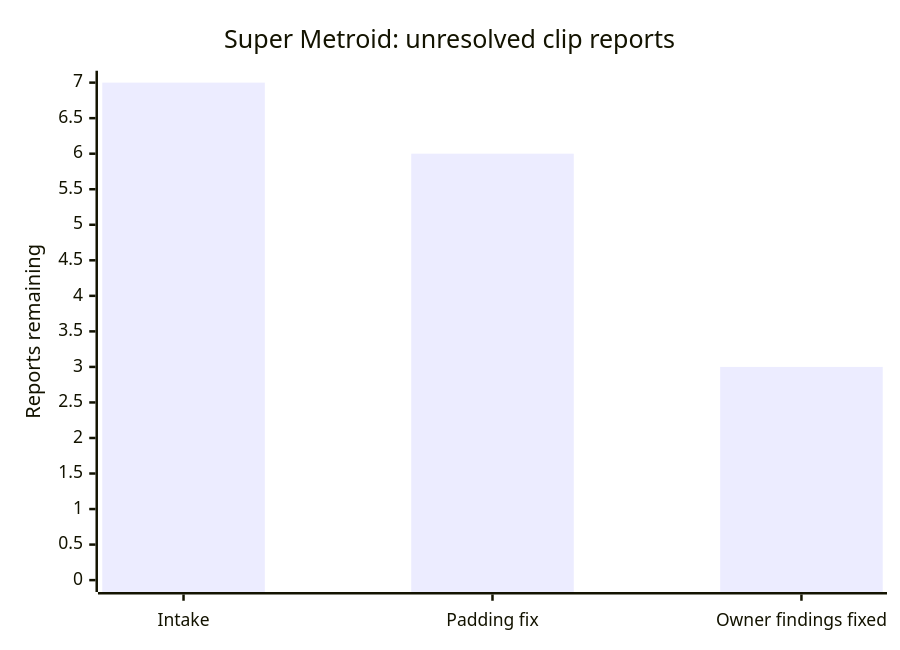
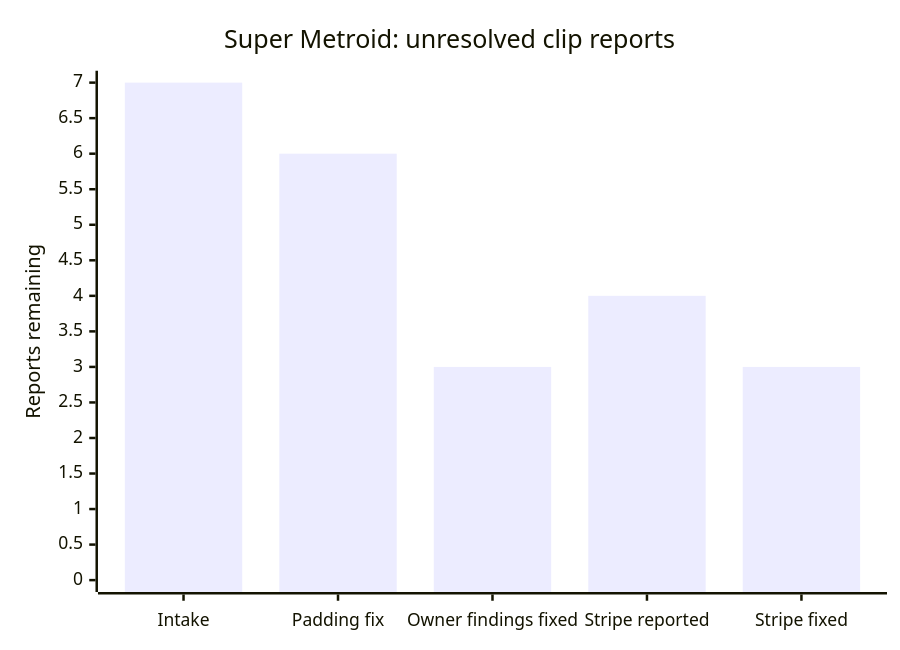
The diagram in docs/validation/super-metroid-replay-burndown-2026-10-27.md (mstan/SuperMetroidRecomp), drawn with Mermaid before and after one commit. The commit also changed other lines of this file and 1 other file, not shown here.

Commit message:
Record owner acceptance and targeted eye-stripe recheck

````diff
--- a/docs/validation/super-metroid-replay-burndown-2026-10-27.md
+++ b/docs/validation/super-metroid-replay-burndown-2026-10-27.md
@@ -13,7 +13,7 @@
 ```mermaid
 xychart-beta
     title "Super Metroid: unresolved clip reports"
-    x-axis ["Intake", "Padding fix", "Owner findings fixed"]
+    x-axis ["Intake", "Padding fix", "Owner findings fixed", "Stripe reported", "Stripe fixed"]
     y-axis "Reports remaining" 0 --> 7
-    bar [7, 6, 3]
+    bar [7, 6, 3, 4, 3]
 ```
````
